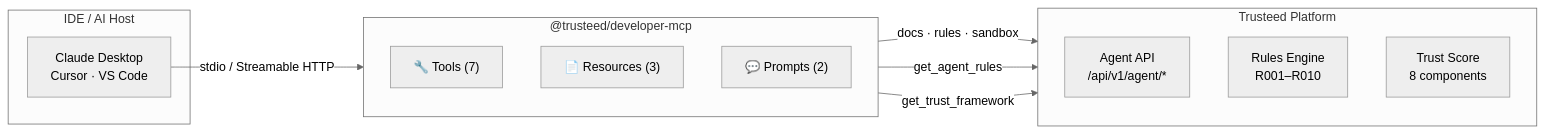
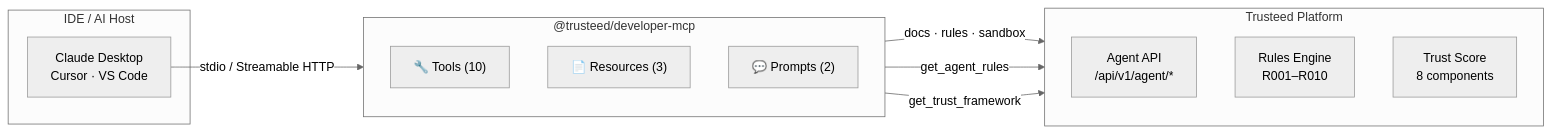
The first of 3 diagrams in README.md (Trusteedxyz/trusteed-developer-mcp), drawn with Mermaid (neutral theme) before and after one commit. The commit also changed other lines of this file and 8 other files, not shown here.

First line of the commit message:
feat: extension marketplace docs tools (manifest schema, webhook envelope, scopes)

````diff
--- a/README.md
+++ b/README.md
@@ -63,25 +77,25 @@
 ```mermaid
 flowchart LR
     subgraph IDE["IDE / AI Host"]
         CD["Claude Desktop\nCursor · VS Code"]
     end
 
     subgraph MCP["@trusteed/developer-mcp"]
         direction TB
-        T1["🔧 Tools (7)"]
+        T1["🔧 Tools (10)"]
         R1["📄 Resources (3)"]
         P1["💬 Prompts (2)"]
     end
 
     subgraph API["Trusteed Platform"]
         direction TB
         AG["Agent API\n/api/v1/agent/*"]
         RP["Rules Engine\nR001–R010"]
         TS["Trust Score\n8 components"]
     end
 
     CD -- "stdio / Streamable HTTP" --> MCP
     T1 -- "docs · rules · sandbox" --> AG
     T1 -- "get_agent_rules" --> RP
     T1 -- "get_trust_framework" --> TS
 ```
````
